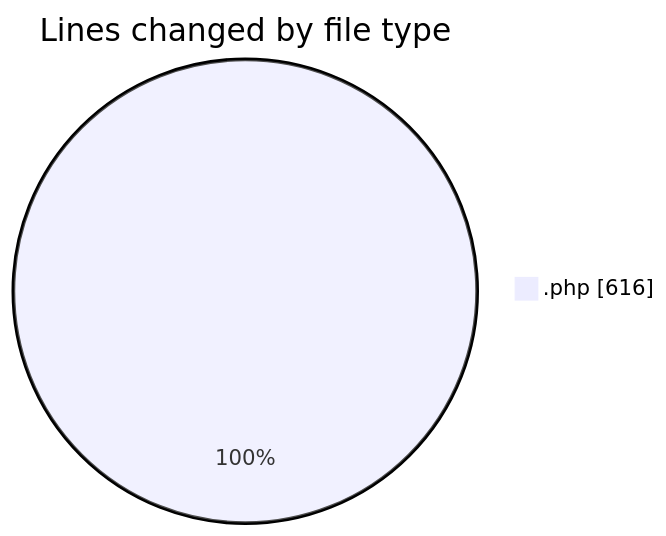
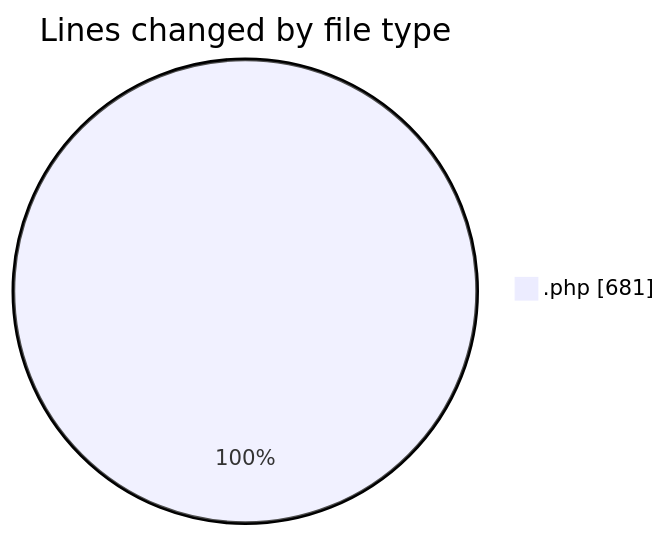
Before and after one commit to debugP/code-tracking: the first of 2 diagrams in 2026-07-09/wp-content/README.md, drawn with Mermaid. The commit also changed other lines of this file and 1 other file, not shown here.

````diff
--- a/2026-07-09/wp-content/README.md
+++ b/2026-07-09/wp-content/README.md
@@ -21,5 +21,5 @@
 ```mermaid
 pie showData
 title Lines changed by file type
-".php" : 616
+".php" : 681
 ```
````
